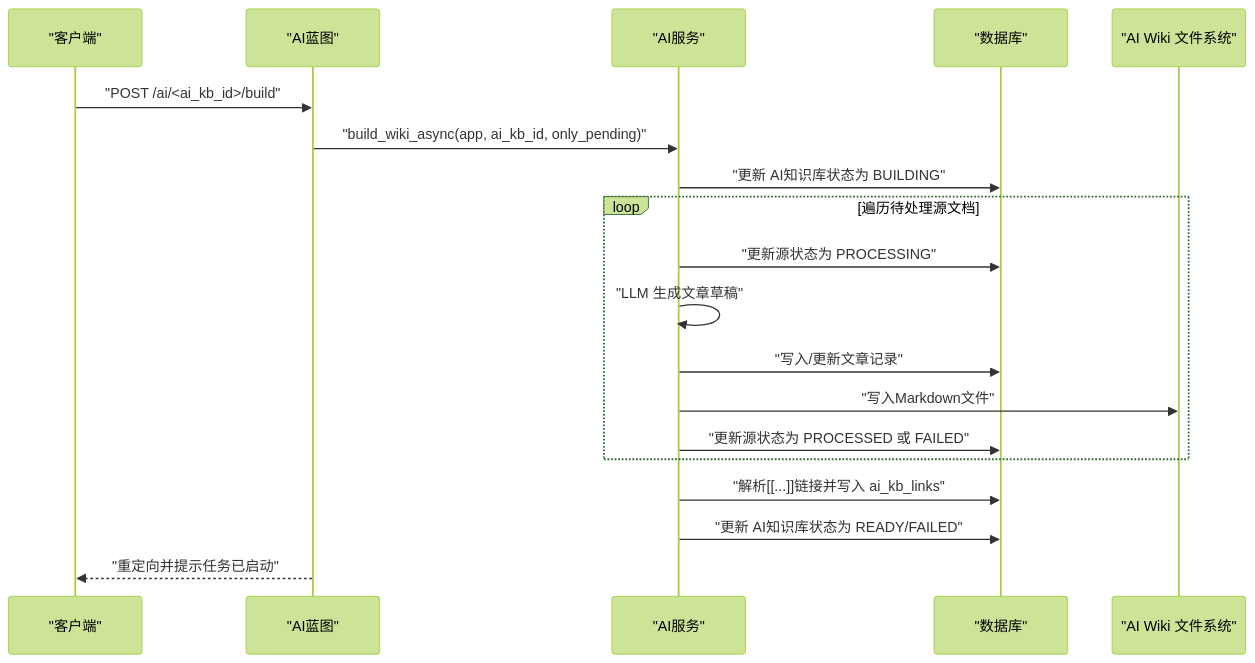
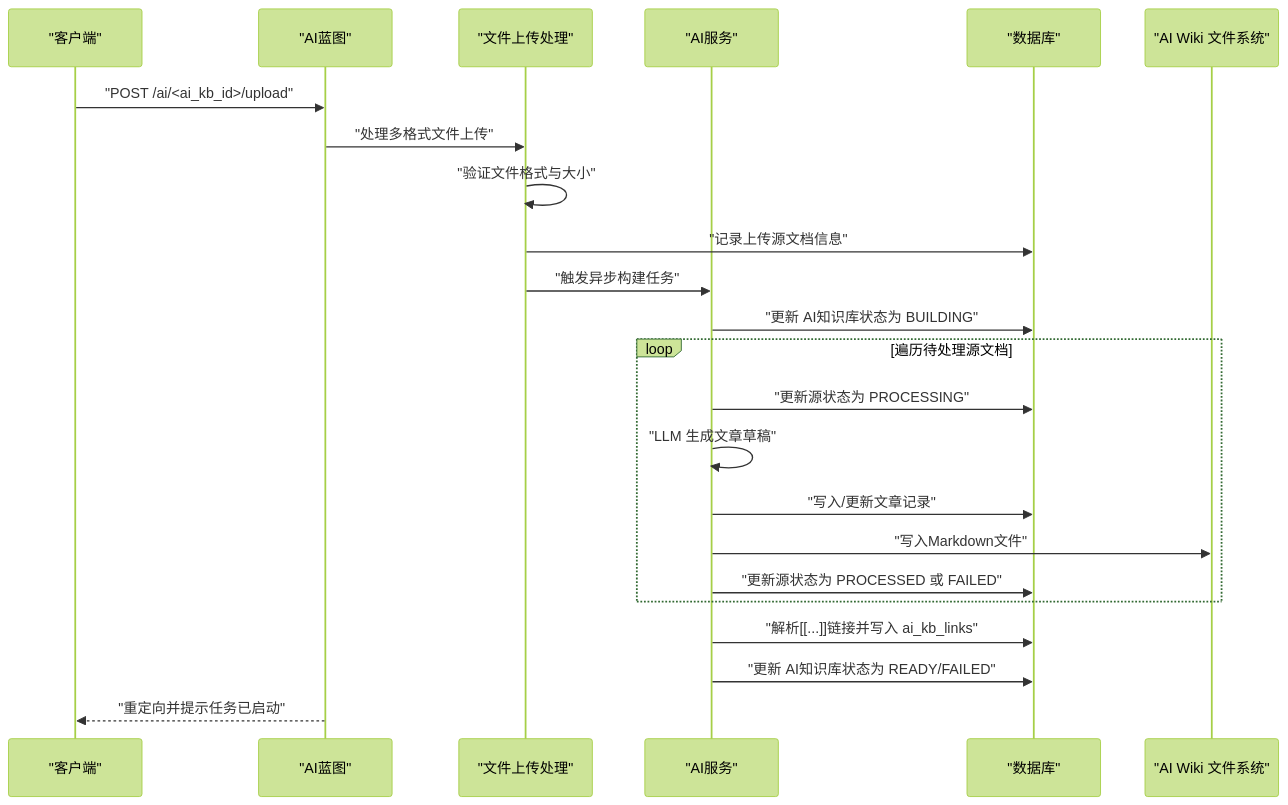
Before and after one commit to beyondalbert/my_wiki: the second of 5 diagrams in .qoder/repowiki/zh/content/核心模块/AI知识库模块/AI知识库蓝图路由.md, drawn with Mermaid (forest theme). The commit also changed other lines of this file and 7 other files, not shown here.

````diff
--- a/.qoder/repowiki/zh/content/核心模块/AI知识库模块/AI知识库蓝图路由.md
+++ b/.qoder/repowiki/zh/content/核心模块/AI知识库模块/AI知识库蓝图路由.md
@@ -144,21 +149,25 @@
 ```mermaid
 sequenceDiagram
 participant C as "客户端"
 participant A as "AI蓝图"
+participant U as "文件上传处理"
 participant S as "AI服务"
 participant DB as "数据库"
 participant FS as "AI Wiki 文件系统"
-C->>A : "POST /ai/<ai_kb_id>/build"
-A->>S : "build_wiki_async(app, ai_kb_id, only_pending)"
+C->>A : "POST /ai/<ai_kb_id>/upload"
+A->>U : "处理多格式文件上传"
+U->>U : "验证文件格式与大小"
+U->>DB : "记录上传源文档信息"
+U->>S : "触发异步构建任务"
 S->>DB : "更新 AI知识库状态为 BUILDING"
 loop 遍历待处理源文档
 S->>DB : "更新源状态为 PROCESSING"
 S->>S : "LLM 生成文章草稿"
 S->>DB : "写入/更新文章记录"
 S->>FS : "写入Markdown文件"
 S->>DB : "更新源状态为 PROCESSED 或 FAILED"
 end
 S->>DB : "解析[[...]]链接并写入 ai_kb_links"
 S->>DB : "更新 AI知识库状态为 READY/FAILED"
 A-->>C : "重定向并提示任务已启动"
 ```
````
